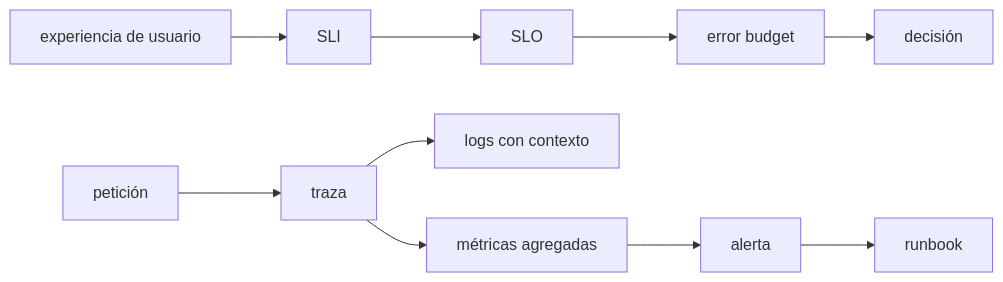
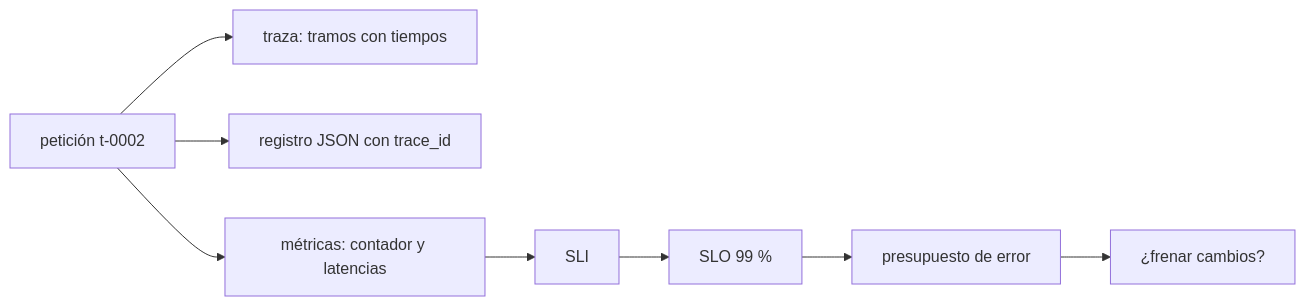
The fifth of 8 diagrams in web/public/content/foundations/modulo-10.md (NICORUIZ93/The_Imperial_Book), drawn with Mermaid before and after one commit. The commit also changed other lines of this file, not shown here.

First line of the commit message:
docs(fundamentos): M10 completo con la plantilla académica

````diff
--- a/web/public/content/foundations/modulo-10.md
+++ b/web/public/content/foundations/modulo-10.md
@@ -271,7 +1314,7 @@
 ```mermaid
 flowchart LR
-    UX["experiencia de usuario"] --> SLI["SLI"] --> SLO["SLO"] --> BUDGET["error budget"] --> DEC["decisión"]
-    REQUEST["petición"] --> TRACE["traza"]
-    TRACE --> LOGS["logs con contexto"]
-    TRACE --> METRICS["métricas agregadas"] --> ALERT["alerta"] --> RUNBOOK["runbook"]
+    REQ["petición t-0002"] --> TRACE["traza: tramos con tiempos"]
+    REQ --> LOGS["registro JSON con trace_id"]
+    REQ --> MET["métricas: contador y latencias"]
+    MET --> SLI["SLI"] --> SLO["SLO 99 %"] --> BUDGET["presupuesto de error"] --> DEC["¿frenar cambios?"]
 ```
````
